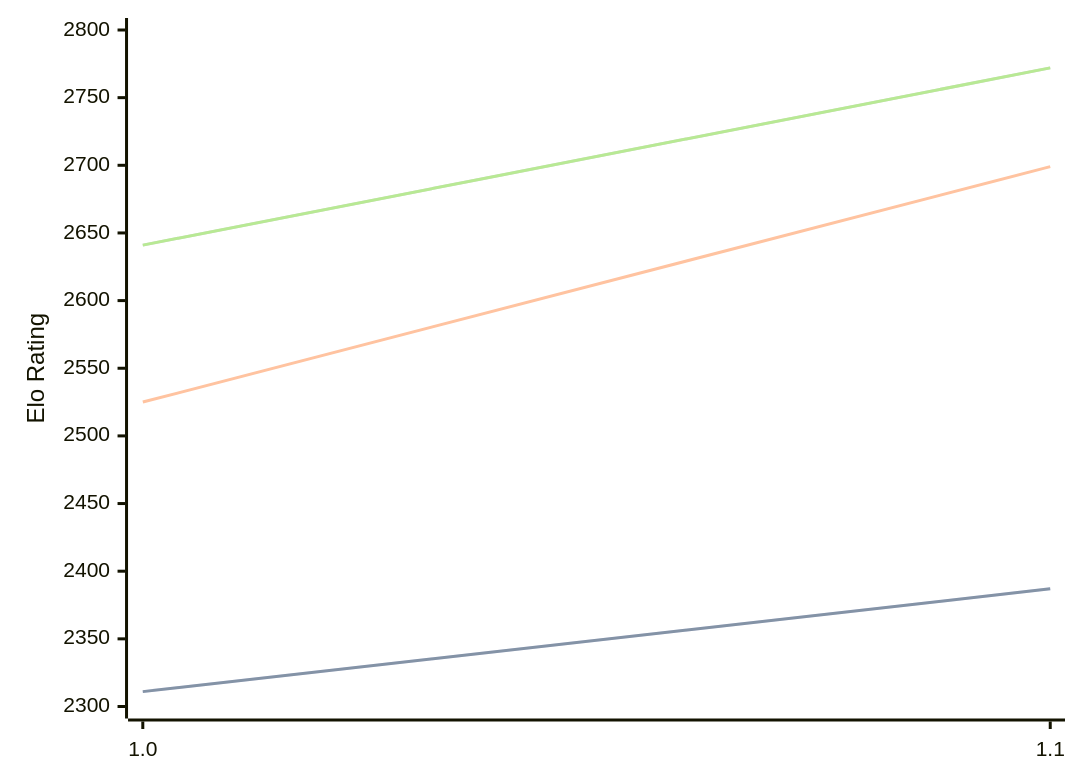
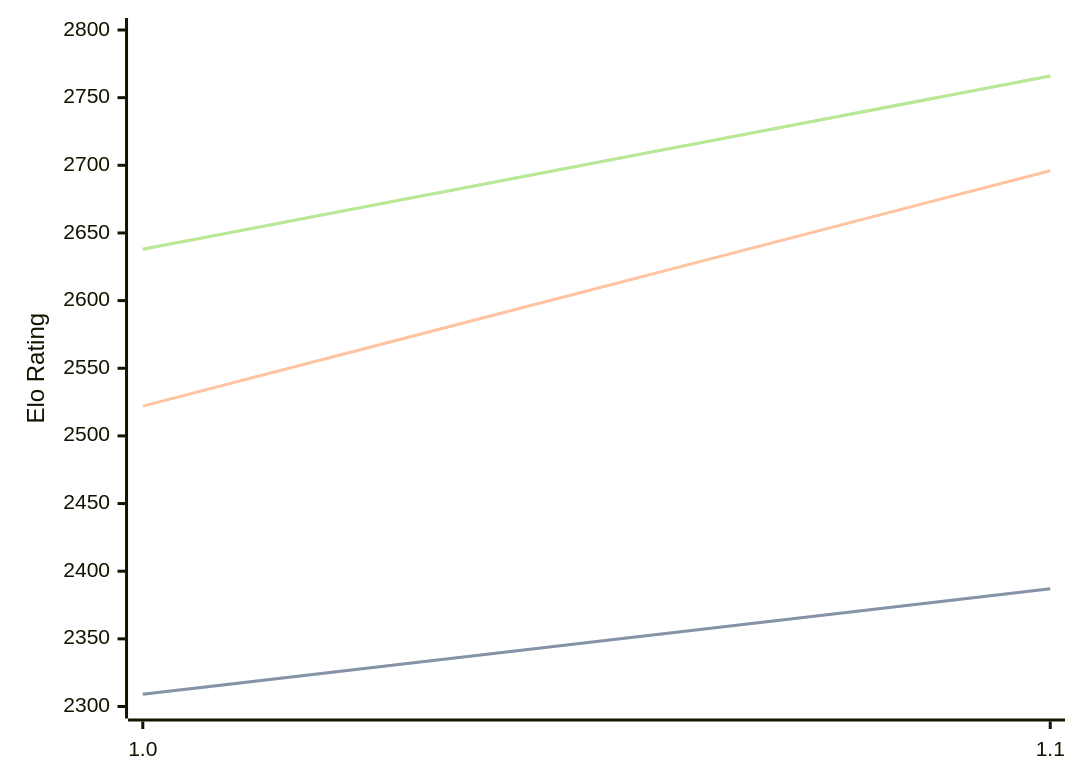
One commit to computer-chess-index/cci changed the diagram in engines/FoxChess.md. Above: the diagram before and after it, drawn with Mermaid. The commit also changed other lines of this file, not shown here.

Commit message:
Update CCI Ratings (ELO VLTC) - 2026-06-08

````diff
--- a/engines/FoxChess.md
+++ b/engines/FoxChess.md
@@ -32,11 +32,11 @@
 ```mermaid
 %%{init: {"theme":"base","themeVariables":{"seriesColors:['#a3a3a3','#222221','#faa371']}}}%%
 xychart-beta
   x-axis ["1.0", "1.1"]
   y-axis "Elo Rating" 2300 --> 2800
-  line "STC (8.0+0.08s)" [2311, 2387]
-  line "STC (8.0+0.08s)" [2311, 2387]
-  line "LTC (60.0+0.60s)" [2525, 2699]
-  line "VLTC (2m24s+1.12s)" [2641, 2772]
-  line "VLTC (2m24s+1.12s)" [2641, 2772]
+  line "STC (8.0+0.08s)" [2309, 2387]
+  line "STC (8.0+0.08s)" [2309, 2387]
+  line "LTC (60.0+0.60s)" [2522, 2696]
+  line "VLTC (2m24s+1.12s)" [2638, 2766]
+  line "VLTC (2m24s+1.12s)" [2638, 2766]
 ```
````
